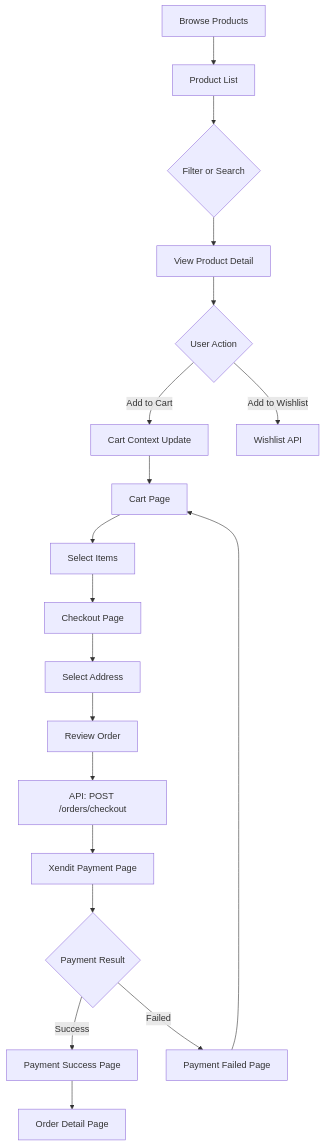
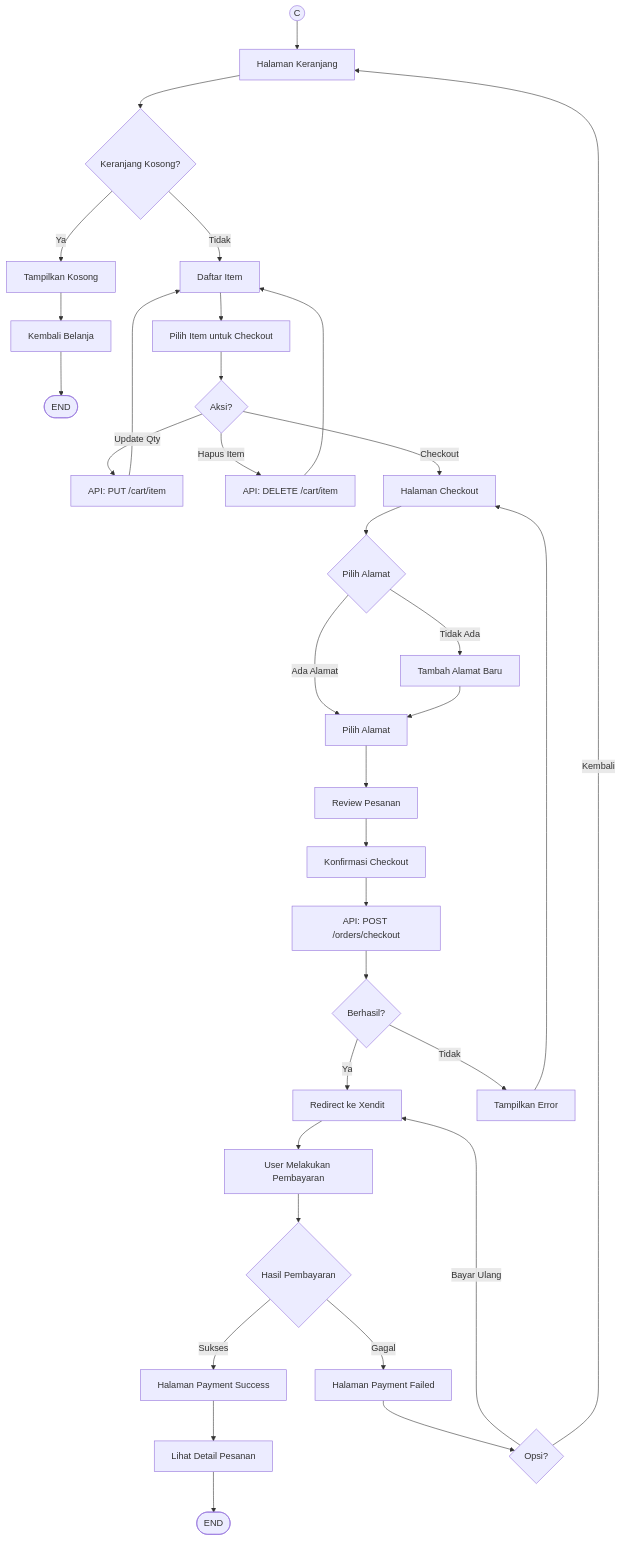
Before and after one commit to Wannzh/greeceri-store-fe: the fourth of 7 diagrams in FLOWCHART.md, drawn with Mermaid. The commit also changed other lines of this file and 1 other file, not shown here.

Commit message:
Update flowchart with complete application flow and connectors

````diff
--- a/FLOWCHART.md
+++ b/FLOWCHART.md
@@ -113,26 +155,50 @@
 ```mermaid
 flowchart TD
-    A[Browse Products] --> B[Product List]
-    B --> C{Filter or Search}
-    C --> D[View Product Detail]
+    CART_START((C)) --> CART_PAGE[Halaman Keranjang]
 
-    D --> E{User Action}
-    E -->|Add to Cart| F[Cart Context Update]
-    E -->|Add to Wishlist| G[Wishlist API]
+    CART_PAGE --> CART_CHECK{Keranjang Kosong?}
+    CART_CHECK -->|Ya| EMPTY[Tampilkan Kosong]
+    CART_CHECK -->|Tidak| CART_LIST[Daftar Item]
 
-    F --> H[Cart Page]
-    H --> I[Select Items]
-    I --> J[Checkout Page]
+    EMPTY --> BACK_SHOP[Kembali Belanja]
+    BACK_SHOP --> END_EMPTY([END])
 
-    J --> K[Select Address]
-    K --> L[Review Order]
-    L --> M["API: POST /orders/checkout"]
+    CART_LIST --> SELECT_ITEMS[Pilih Item untuk Checkout]
+    SELECT_ITEMS --> CART_ACTION{Aksi?}
 
-    M --> N[Xendit Payment Page]
-    N --> O{Payment Result}
-    O -->|Success| P[Payment Success Page]
-    O -->|Failed| Q[Payment Failed Page]
+    CART_ACTION -->|Update Qty| UPDATE_QTY["API: PUT /cart/item"]
+    CART_ACTION -->|Hapus Item| DELETE_ITEM["API: DELETE /cart/item"]
+    CART_ACTION -->|Checkout| CHECKOUT[Halaman Checkout]
 
-    P --> R[Order Detail Page]
-    Q --> H
+    UPDATE_QTY --> CART_LIST
+    DELETE_ITEM --> CART_LIST
+
+    %% Checkout Flow
+    CHECKOUT --> SELECT_ADDR{Pilih Alamat}
+    SELECT_ADDR -->|Ada Alamat| CHOOSE_ADDR[Pilih Alamat]
+    SELECT_ADDR -->|Tidak Ada| ADD_ADDR[Tambah Alamat Baru]
+    ADD_ADDR --> CHOOSE_ADDR
+
+    CHOOSE_ADDR --> REVIEW[Review Pesanan]
+    REVIEW --> CONFIRM[Konfirmasi Checkout]
+    CONFIRM --> ORDER_API["API: POST /orders/checkout"]
+
+    ORDER_API --> ORDER_RESULT{Berhasil?}
+    ORDER_RESULT -->|Ya| PAYMENT[Redirect ke Xendit]
+    ORDER_RESULT -->|Tidak| CHECKOUT_ERR[Tampilkan Error]
+    CHECKOUT_ERR --> CHECKOUT
+
+    %% Payment Flow
+    PAYMENT --> PAY_ACTION[User Melakukan Pembayaran]
+    PAY_ACTION --> PAY_RESULT{Hasil Pembayaran}
+
+    PAY_RESULT -->|Sukses| PAY_SUCCESS[Halaman Payment Success]
+    PAY_RESULT -->|Gagal| PAY_FAIL[Halaman Payment Failed]
+
+    PAY_SUCCESS --> ORDER_DETAIL[Lihat Detail Pesanan]
+    PAY_FAIL --> PAY_OPTION{Opsi?}
+    PAY_OPTION -->|Bayar Ulang| PAYMENT
+    PAY_OPTION -->|Kembali| CART_PAGE
+
+    ORDER_DETAIL --> END_CHECKOUT([END])
 ```
````
